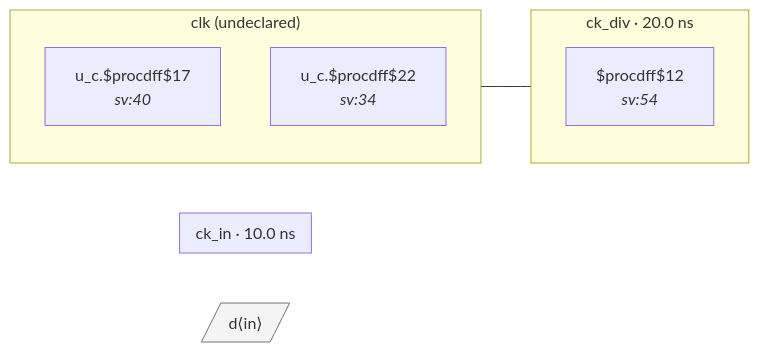
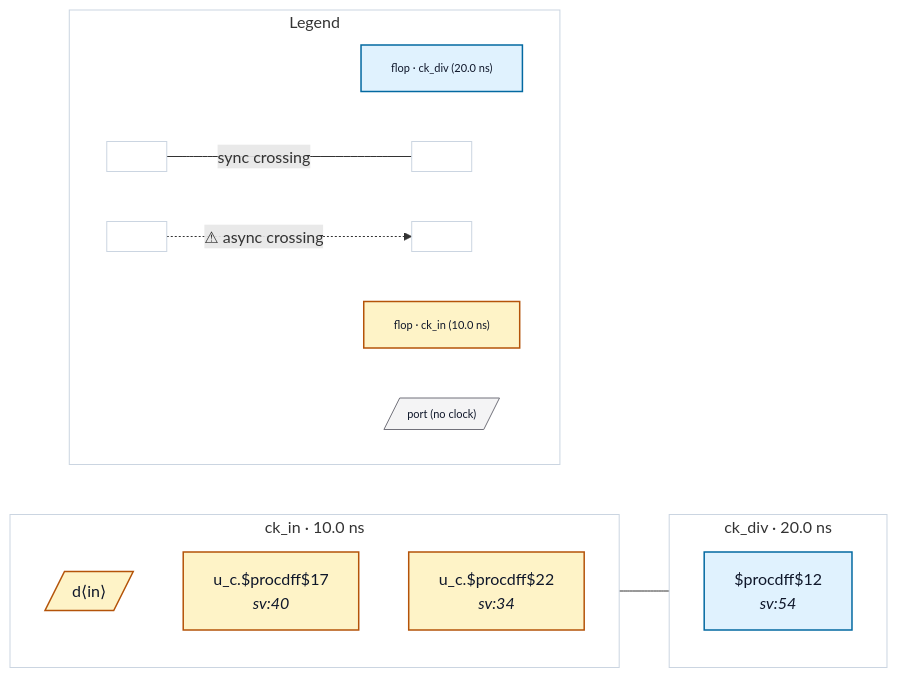
One commit to rtl-buddy/rtl-buddy-cdc changed the diagram in tests/fixtures/good_gen_clock_internal_pin/README.md. Above: the diagram before and after it, drawn with Mermaid. The commit also changed other lines of this file and 71 other files, not shown here.

First line of the commit message:
Refresh fixture READMEs + render iterations (colors, legend, nested ports, clock-net edges)

````diff
--- a/tests/fixtures/good_gen_clock_internal_pin/README.md
+++ b/tests/fixtures/good_gen_clock_internal_pin/README.md
@@ -32,19 +32,41 @@
 ```mermaid
 %% good_gen_clock_internal_pin — generated by rtl-buddy-cdc render
 flowchart LR
   subgraph clk_ck_div["ck_div · 20.0 ns"]
     direction TB
-    f_0cddb43b["$procdff$12<br/><i>sv:54</i>"]
+    f_0cddb43b["$procdff$12<br/><i>sv:54</i>"]:::ckcls_ck_div
   end
   subgraph clk_ck_in["ck_in · 10.0 ns"]
     direction TB
+    p_in_d[/"d⟨in⟩"/]:::ckcls_ck_in
+    f_1ffd384f["u_c.$procdff$17<br/><i>sv:40</i>"]:::ckcls_ck_in
+    f_fdc80904["u_c.$procdff$22<br/><i>sv:34</i>"]:::ckcls_ck_in
   end
-  subgraph clk_clk["clk (undeclared)"]
-    direction TB
-    f_1ffd384f["u_c.$procdff$17<br/><i>sv:40</i>"]
-    f_fdc80904["u_c.$procdff$22<br/><i>sv:34</i>"]
+  f_1ffd384f --- f_0cddb43b
+  subgraph rb_legend["Legend"]
+    direction LR
+    lg_clk_ck_div["flop · ck_div (20.0 ns)"]:::ckcls_ck_div
+    lg_clk_ck_in["flop · ck_in (10.0 ns)"]:::ckcls_ck_in
+    lg_port[/"port (no clock)"/]:::port_unassigned
+    lg_sync_a[" "]:::ckcls_legend_neutral
+    lg_sync_b[" "]:::ckcls_legend_neutral
+    lg_async_a[" "]:::ckcls_legend_neutral
+    lg_async_b[" "]:::ckcls_legend_neutral
+    lg_sync_a --- |"sync crossing"| lg_sync_b
+    lg_async_a -. "⚠ async crossing" .-> lg_async_b
   end
-  p_in_d[/"d⟨in⟩"/]:::port
-  f_1ffd384f --- f_0cddb43b
-  classDef port fill:#f4f4f5,stroke:#71717a
+  style clk_ck_div fill:none,stroke:#cbd5e1
+  style clk_ck_in fill:none,stroke:#cbd5e1
+  style rb_legend fill:none,stroke:#cbd5e1
+  style lg_clk_ck_div font-size:11px
+  style lg_clk_ck_in font-size:11px
+  style lg_port font-size:11px
+  style lg_sync_a font-size:11px
+  style lg_sync_b font-size:11px
+  style lg_async_a font-size:11px
+  style lg_async_b font-size:11px
+  classDef ckcls_ck_div fill:#e0f2fe,stroke:#0369a1,stroke-width:1.5px,color:#0f172a
+  classDef ckcls_ck_in fill:#fef3c7,stroke:#b45309,stroke-width:1.5px,color:#0f172a
+  classDef port_unassigned fill:#f4f4f5,stroke:#71717a,color:#0f172a
+  classDef ckcls_legend_neutral fill:#ffffff,stroke:#cbd5e1,stroke-width:1px,color:#0f172a
 ```
````
